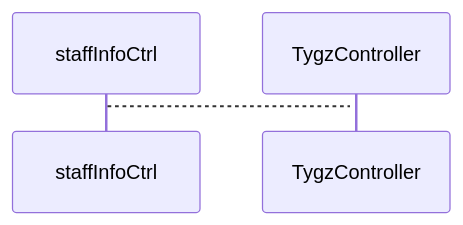
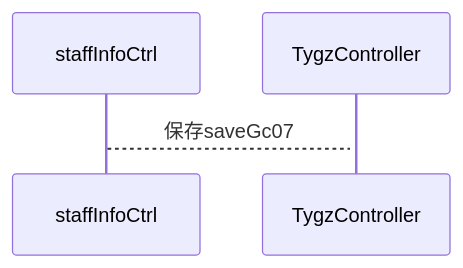
Before and after one commit to ZhangJianBeiJing/iodraw-files: the diagram in all/未命名.md, drawn with Mermaid.

Commit message:
2025-03-25 17:02:42 update

````diff
--- a/all/未命名.md
+++ b/all/未命名.md
@@ -1,5 +1,5 @@
 ```mermaid
 sequenceDiagram
-    staffInfoCtrl-->+TygzController:
+    staffInfoCtrl-->+TygzController:保存saveGc07
             
 ```
````
